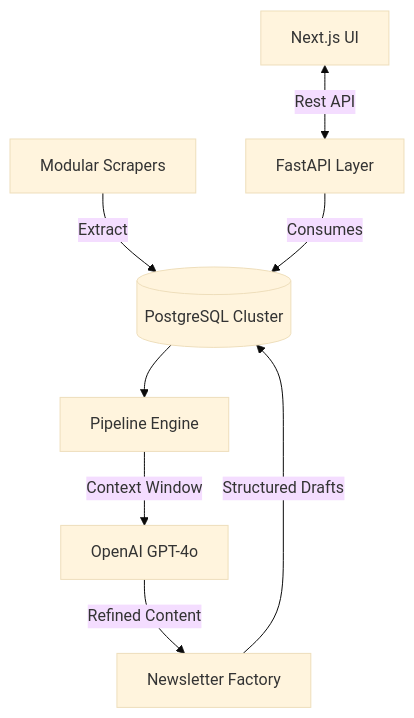
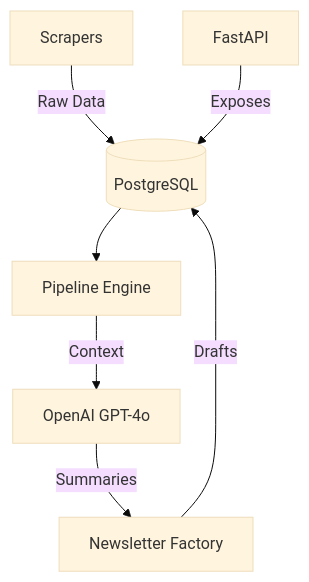
Before and after one commit to Ashugithubb/News-Dashboard: the diagram in README.md, drawn with Mermaid (base theme). The commit also changed other lines of this file, not shown here.

````diff
--- a/README.md
+++ b/README.md
@@ -9,10 +7,9 @@
 ```mermaid
 graph TD
-    A[Modular Scrapers] -->|Extract| B[(PostgreSQL Cluster)]
+    A[Scrapers] -->|Raw Data| B[(PostgreSQL)]
     B --> C[Pipeline Engine]
-    C -->|Context Window| D[OpenAI GPT-4o]
-    D -->|Refined Content| E[Newsletter Factory]
-    E -->|Structured Drafts| B
-    F[FastAPI Layer] -->|Consumes| B
-    G[Next.js UI] <-->|Rest API| F
+    C -->|Context| D[OpenAI GPT-4o]
+    D -->|Summaries| E[Newsletter Factory]
+    E -->|Drafts| B
+    F[FastAPI] -->|Exposes| B
 ```
````
